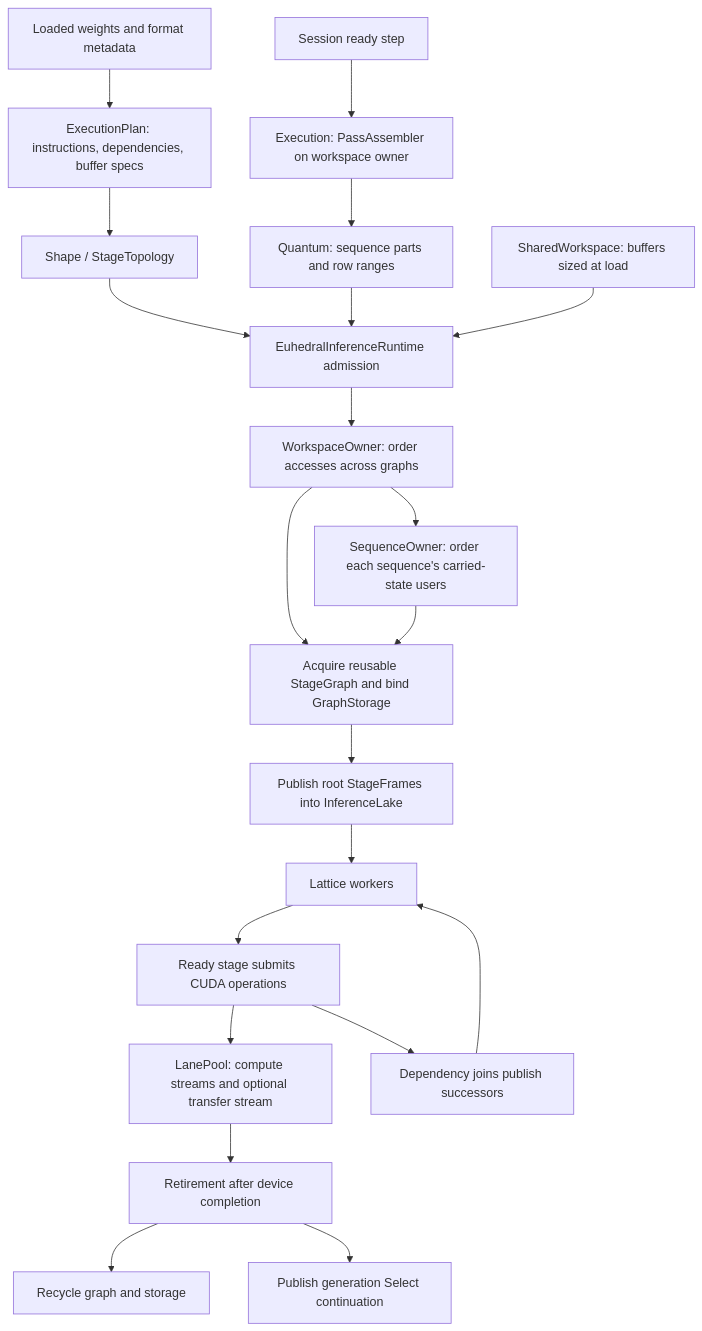
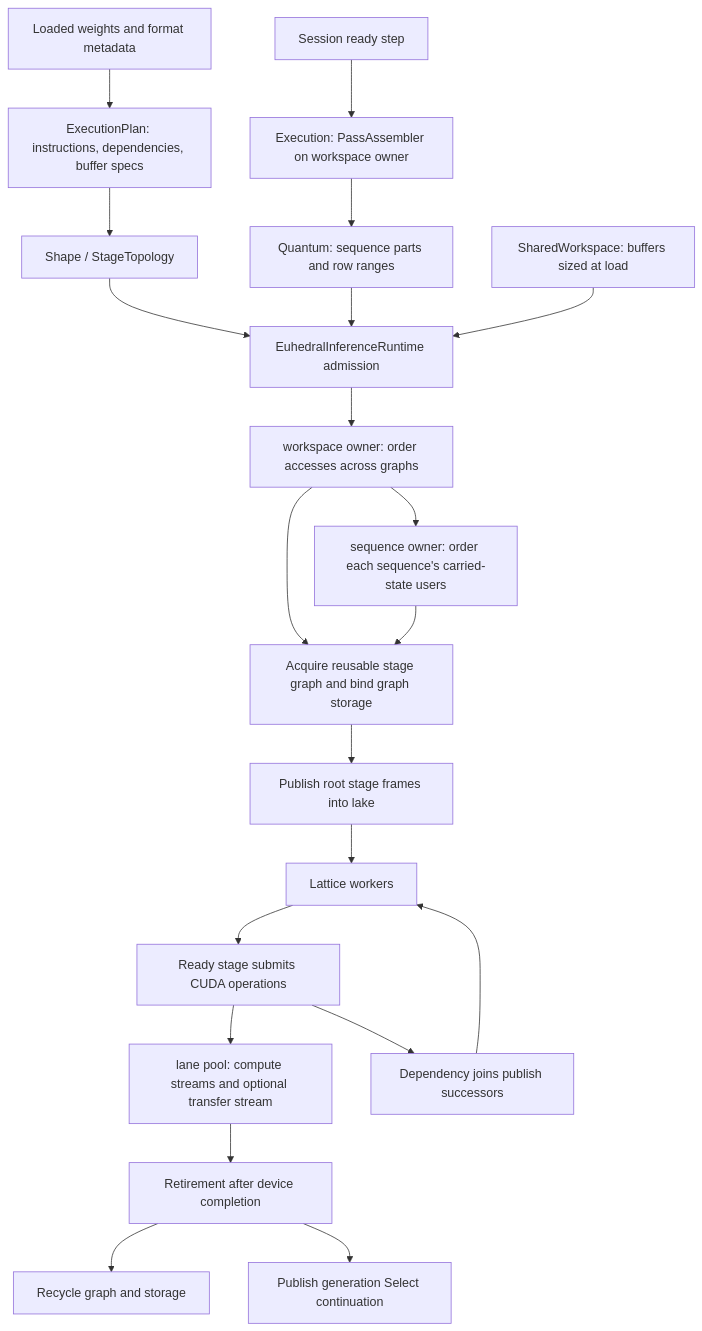
One commit to Euhedral-Engine/Euhedral changed the diagram in docs/architecture/03-execution-engine.md. Above: the diagram before and after it, drawn with Mermaid. The commit also changed other lines of this file and 21 other files, not shown here.

Commit message:
docs: anchor the architecture and subsystem docs on the Rust crates and drop the Java and Gradle references

````diff
--- a/docs/architecture/03-execution-engine.md
+++ b/docs/architecture/03-execution-engine.md
@@ -5,23 +5,23 @@
 ```mermaid
 flowchart TB
     W[Loaded weights and format metadata] --> P[ExecutionPlan: instructions, dependencies, buffer specs]
     S[Session ready step] --> A[Execution: PassAssembler on workspace owner]
     A --> Q[Quantum: sequence parts and row ranges]
     P --> Shape[Shape / StageTopology]
     Shape --> R[EuhedralInferenceRuntime admission]
     Q --> R
     Shared[SharedWorkspace: buffers sized at load] --> R
-    R --> Owner[WorkspaceOwner: order accesses across graphs]
-    Owner --> Graph[Acquire reusable StageGraph and bind GraphStorage]
-    Owner --> Carried[SequenceOwner: order each sequence's carried-state users]
+    R --> Owner[workspace owner: order accesses across graphs]
+    Owner --> Graph[Acquire reusable stage graph and bind graph storage]
+    Owner --> Carried[sequence owner: order each sequence's carried-state users]
     Carried --> Graph
-    Graph --> Roots[Publish root StageFrames into InferenceLake]
+    Graph --> Roots[Publish root stage frames into lake]
     Roots --> Workers[Lattice workers]
     Workers --> Stage[Ready stage submits CUDA operations]
-    Stage --> Lanes[LanePool: compute streams and optional transfer stream]
+    Stage --> Lanes[lane pool: compute streams and optional transfer stream]
     Stage --> Next[Dependency joins publish successors]
     Next --> Workers
     Lanes --> Retire[Retirement after device completion]
     Retire --> Pool[Recycle graph and storage]
     Retire --> Select[Publish generation Select continuation]
 ```
````
